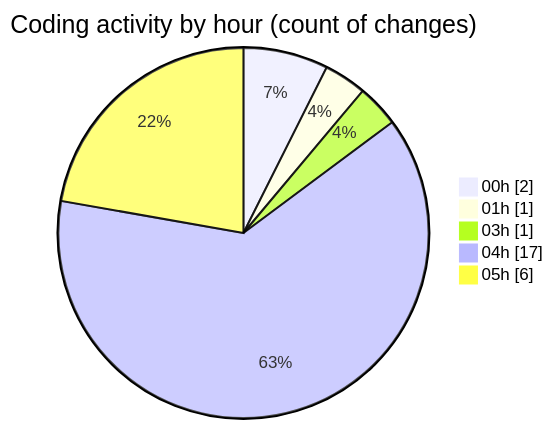
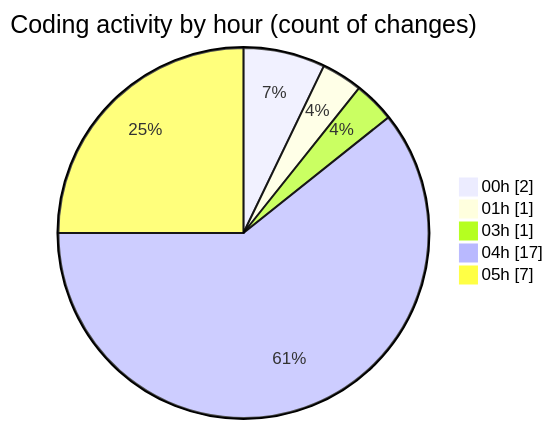
One commit to julien-gomy/code-tracking changed the second of 2 diagrams in 2025-11-14/eventscop-api-guide__workspace_/README.md. Above: the diagram before and after it, drawn with Mermaid. The commit also changed other lines of this file and 1 other file, not shown here.

````diff
--- a/2025-11-14/eventscop-api-guide__workspace_/README.md
+++ b/2025-11-14/eventscop-api-guide__workspace_/README.md
@@ -36,9 +36,9 @@
 ```mermaid
 pie showData
 title Coding activity by hour (count of changes)
 "00h" : 2
 "01h" : 1
 "03h" : 1
 "04h" : 17
-"05h" : 6
+"05h" : 7
 ```
````
